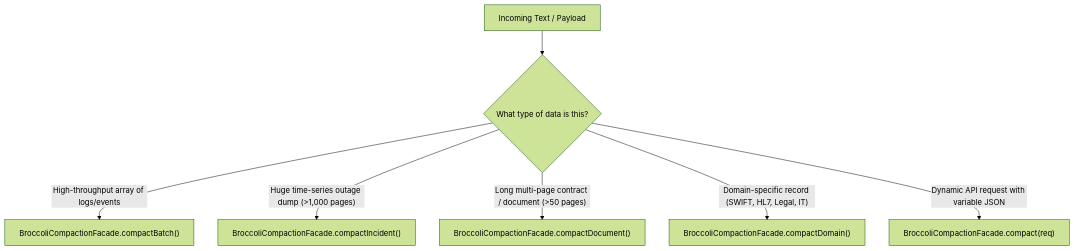
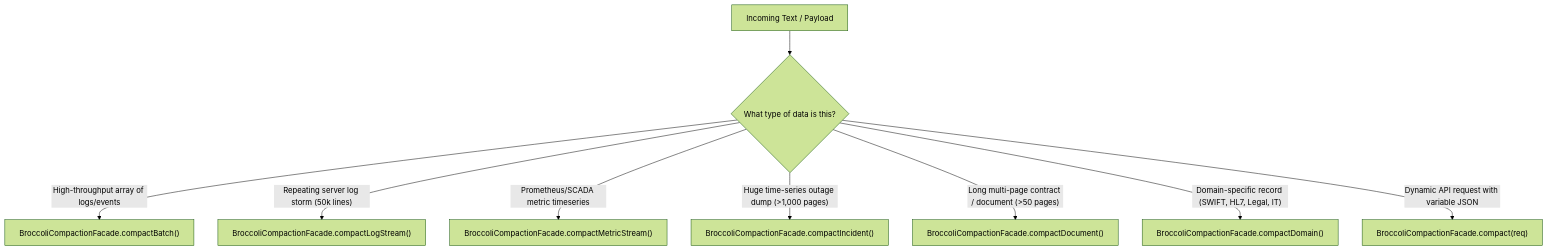
Before and after one commit to CardSorting/GALXAI: the diagram in docs/BROCCOLIDB_COMPACTION_ONBOARDING_GUIDE.md, drawn with Mermaid (forest theme). The commit also changed other lines of this file and 133 other files, not shown here.

````diff
--- a/docs/BROCCOLIDB_COMPACTION_ONBOARDING_GUIDE.md
+++ b/docs/BROCCOLIDB_COMPACTION_ONBOARDING_GUIDE.md
@@ -106,10 +108,12 @@
 ```mermaid
 flowchart TD
     Start["Incoming Text / Payload"] --> TypeCheck{"What type of data is this?"}
     
     TypeCheck -->|"High-throughput array of logs/events"| Batch["BroccoliCompactionFacade.compactBatch()"]
+    TypeCheck -->|"Repeating server log storm (50k lines)"| Logs["BroccoliCompactionFacade.compactLogStream()"]
+    TypeCheck -->|"Prometheus/SCADA metric timeseries"| Metrics["BroccoliCompactionFacade.compactMetricStream()"]
     TypeCheck -->|"Huge time-series outage dump (>1,000 pages)"| Incident["BroccoliCompactionFacade.compactIncident()"]
     TypeCheck -->|"Long multi-page contract / document (>50 pages)"| Doc["BroccoliCompactionFacade.compactDocument()"]
     TypeCheck -->|"Domain-specific record (SWIFT, HL7, Legal, IT)"| Domain["BroccoliCompactionFacade.compactDomain()"]
     TypeCheck -->|"Dynamic API request with variable JSON"| Poly["BroccoliCompactionFacade.compact(req)"]
 ```
````
